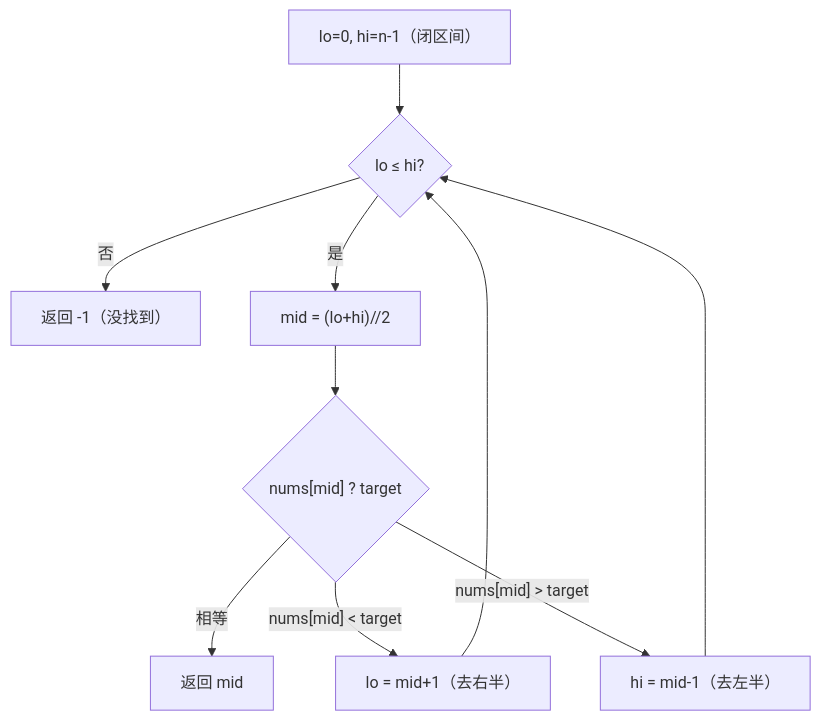
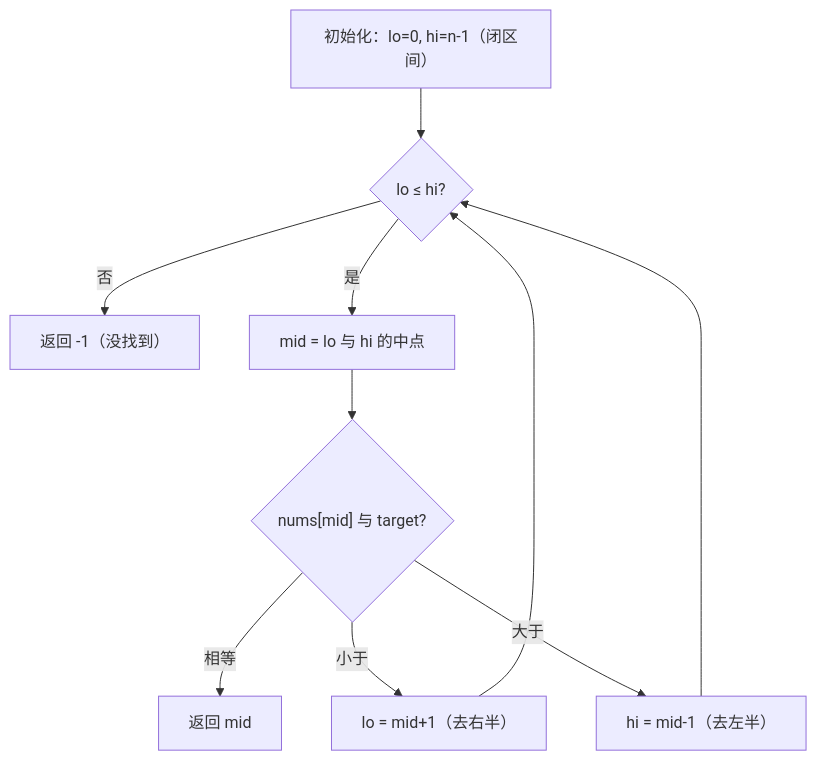
Before and after one commit to OctalZero/hot100-py: the first of 2 diagrams in 19-大厂加餐/腾讯加餐/0704-二分查找.md, drawn with Mermaid. The commit also changed other lines of this file and 117 other files, not shown here.

First line of the commit message:
feat: 全题解配图升级为「动画式 mermaid」（总览骨架 + 横向时间线逐步推演）

````diff
--- a/19-大厂加餐/腾讯加餐/0704-二分查找.md
+++ b/19-大厂加餐/腾讯加餐/0704-二分查找.md
@@ -27,12 +27,12 @@
 ```mermaid
 flowchart TD
-    A["lo=0, hi=n-1（闭区间）"] --> B{"lo ≤ hi?"}
-    B -- "否" --> C["返回 -1（没找到）"]
-    B -- "是" --> D["mid = (lo+hi)//2"]
-    D --> E{"nums[mid] ? target"}
-    E -- "相等" --> F["返回 mid"]
-    E -- "nums[mid] < target" --> G["lo = mid+1（去右半）"]
-    E -- "nums[mid] > target" --> H["hi = mid-1（去左半）"]
+    A["初始化：lo=0, hi=n-1（闭区间）"] --> B{"lo ≤ hi?"}
+    B -->|"否"| C["返回 -1（没找到）"]
+    B -->|"是"| D["mid = lo 与 hi 的中点"]
+    D --> E{"nums[mid] 与 target?"}
+    E -->|"相等"| F["返回 mid"]
+    E -->|"小于"| G["lo = mid+1（去右半）"]
+    E -->|"大于"| H["hi = mid-1（去左半）"]
     G --> B
     H --> B
 ```
````
